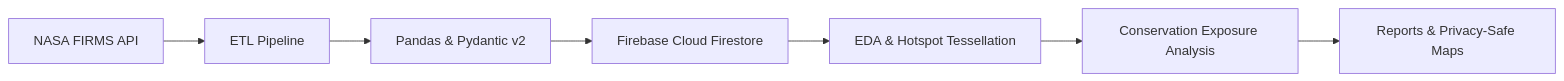
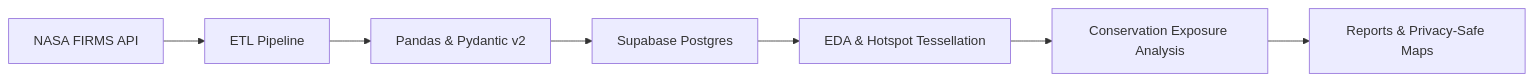
Before and after one commit to Umama2007/ForestSentinel: the diagram in README.md, drawn with Mermaid. The commit also changed other lines of this file and 41 other files, not shown here.

````diff
--- a/README.md
+++ b/README.md
@@ -98,9 +120,9 @@
 ```mermaid
 flowchart LR
     A[NASA FIRMS API] --> B[ETL Pipeline]
     B --> C[Pandas & Pydantic v2]
-    C --> D[Firebase Cloud Firestore]
+    C --> D[Supabase Postgres]
     D --> E[EDA & Hotspot Tessellation]
     E --> F[Conservation Exposure Analysis]
     F --> G[Reports & Privacy-Safe Maps]
 ```
````
